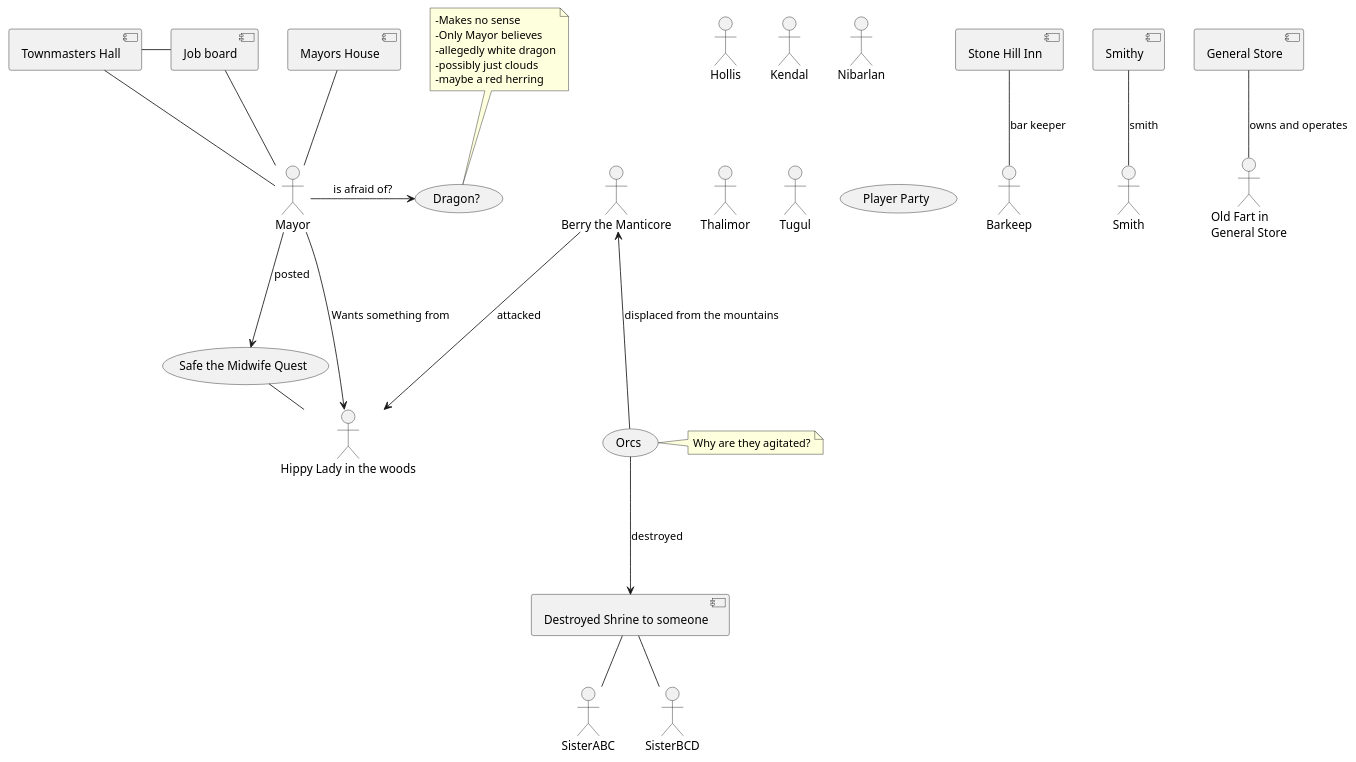
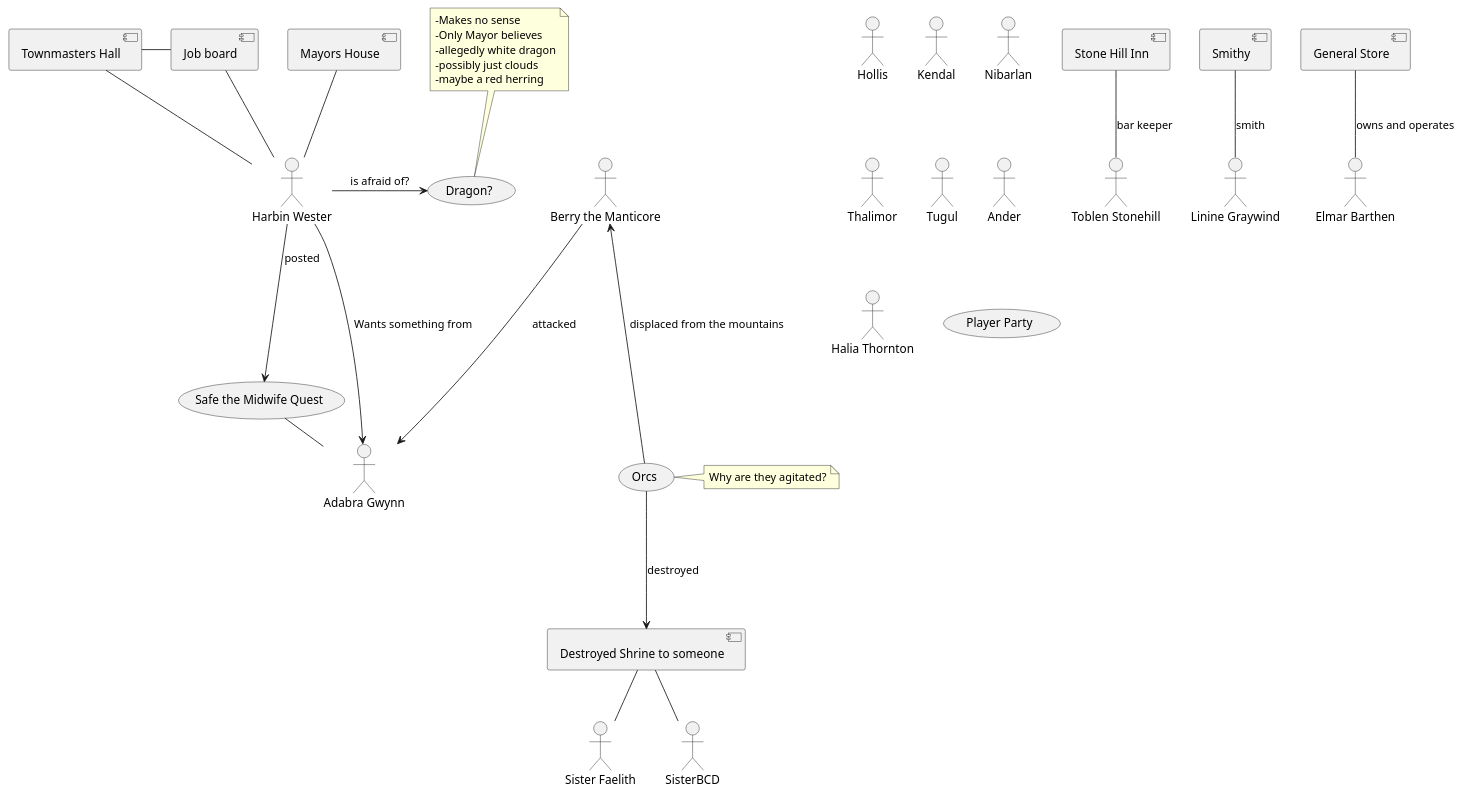
One commit to Ignavum/DOIPNotes changed the diagram in Diagrams/ConspiracyGraph.wsd. Above: the diagram before and after it, drawn with PlantUML.

Commit message:
Fixed Names

```diff
--- a/Diagrams/ConspiracyGraph.wsd
+++ b/Diagrams/ConspiracyGraph.wsd
@@ -1,70 +1,72 @@
 @startuml Conspiracy Graph
 
 'Actors here:
 
 actor Hollis
 actor Kendal
 actor Nibarlan
 actor Thalimor
 actor Tugul
 
-actor Barkeep
-actor Smith
-actor SisterABC
+actor "Toblen Stonehill" as innkeep
+actor "Linine Graywind" as Smith
+actor "Sister Faelith" as SisterABC
 actor SisterBCD
-actor "Old Fart in\nGeneral Store" as generalStoreGuy
-actor Mayor
+actor "Elmar Barthen" as generalStoreGuy
+actor "Ander" as generalStoreHelper
+actor "Harbin Wester" as Mayor
 actor "Berry the Manticore" as manticorBerry
-actor "Hippy Lady in the woods" as potionSeller
+actor "Adabra Gwynn" as potionSeller
+actor "Halia Thornton" as prospectorReception
 
 'Locations here
 
 [Stone Hill Inn] as stoneHillInn
 [Townmasters Hall] as townHall
 [Job board] as jobBoard
 [Smithy]
 [Destroyed Shrine to someone] as shrine 
 [General Store] as generalStore
 [Mayors House] as mayorsHouse
 
 'General Concepts?
 
 (Orcs)
 (Player Party) as party
 (Safe the Midwife Quest) as quest1
 (Dragon?) as dragon
 
 'Relations here
     
-stoneHillInn -- Barkeep : bar keeper
+stoneHillInn -- innkeep : bar keeper
 Smithy -- Smith : smith
 shrine -- SisterABC
 shrine -- SisterBCD
 generalStore -- generalStoreGuy : owns and operates
 townHall -- Mayor
 mayorsHouse -- Mayor
 townHall - jobBoard
 jobBoard -- Mayor
 manticorBerry <--- Orcs : displaced from the mountains
 Orcs ---> shrine : destroyed
 Mayor --> quest1 : posted
 quest1 - potionSeller
 manticorBerry ---> potionSeller : attacked
 Mayor ---> potionSeller : Wants something from
 dragon <- Mayor : is afraid of?
 
 
 'Notes
 note top of dragon
     -Makes no sense
     -Only Mayor believes
     -allegedly white dragon
     -possibly just clouds
     -maybe a red herring
 end note
 
 note right of Orcs
     Why are they agitated?
 end note
 
 @enduml
```
